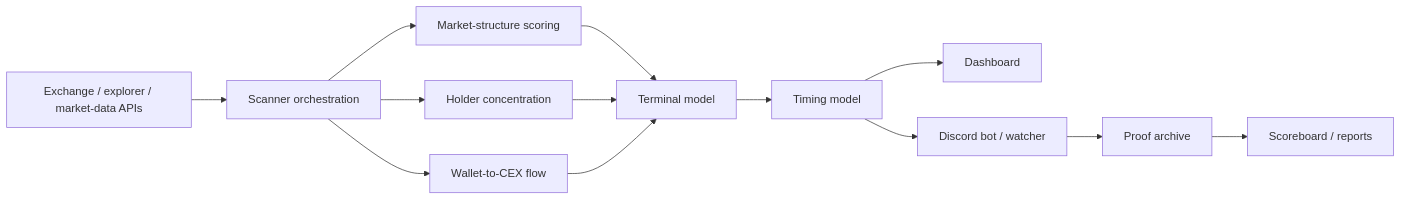
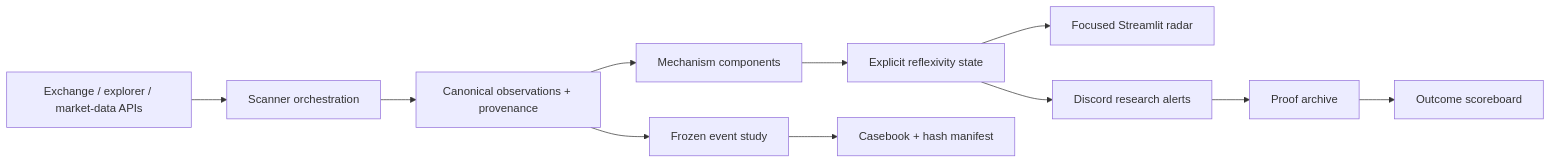
One commit to gobrienHFT/crypto_market_structure_scanner changed the diagram in docs/architecture.md. Above: the diagram before and after it, drawn with Mermaid. The commit also changed other lines of this file and 9 other files, not shown here.

Commit message:
Make reflexivity research workflow reviewer-ready

````diff
--- a/docs/architecture.md
+++ b/docs/architecture.md
@@ -11,15 +14,13 @@
 ```mermaid
 flowchart LR
     A["Exchange / explorer / market-data APIs"] --> B["Scanner orchestration"]
-    B --> C["Market-structure scoring"]
-    B --> D["Holder concentration"]
-    B --> E["Wallet-to-CEX flow"]
-    C --> F["Terminal model"]
-    D --> F
-    E --> F
-    F --> G["Timing model"]
-    G --> H["Dashboard"]
-    G --> I["Discord bot / watcher"]
-    I --> J["Proof archive"]
-    J --> K["Scoreboard / reports"]
+    B --> C["Canonical observations + provenance"]
+    C --> D["Mechanism components"]
+    D --> E["Explicit reflexivity state"]
+    E --> F["Focused Streamlit radar"]
+    E --> G["Discord research alerts"]
+    C --> H["Frozen event study"]
+    H --> I["Casebook + hash manifest"]
+    G --> J["Proof archive"]
+    J --> K["Outcome scoreboard"]
 ```
````
